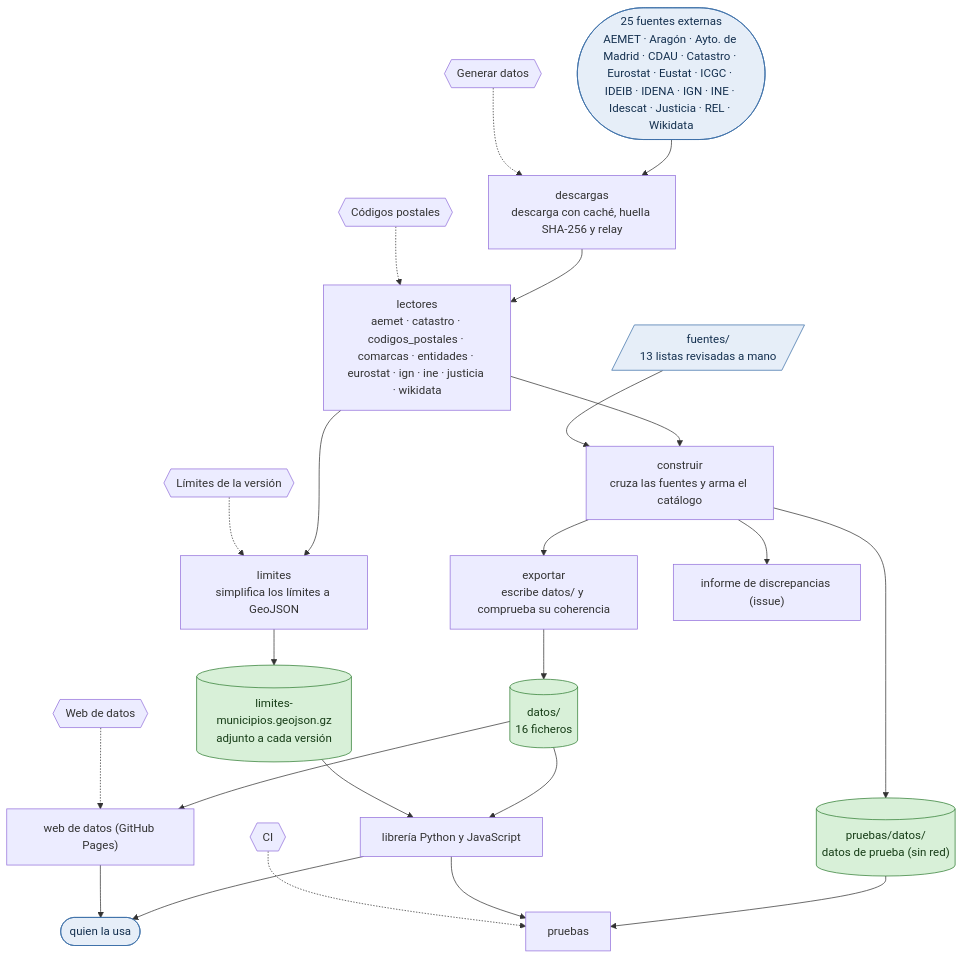
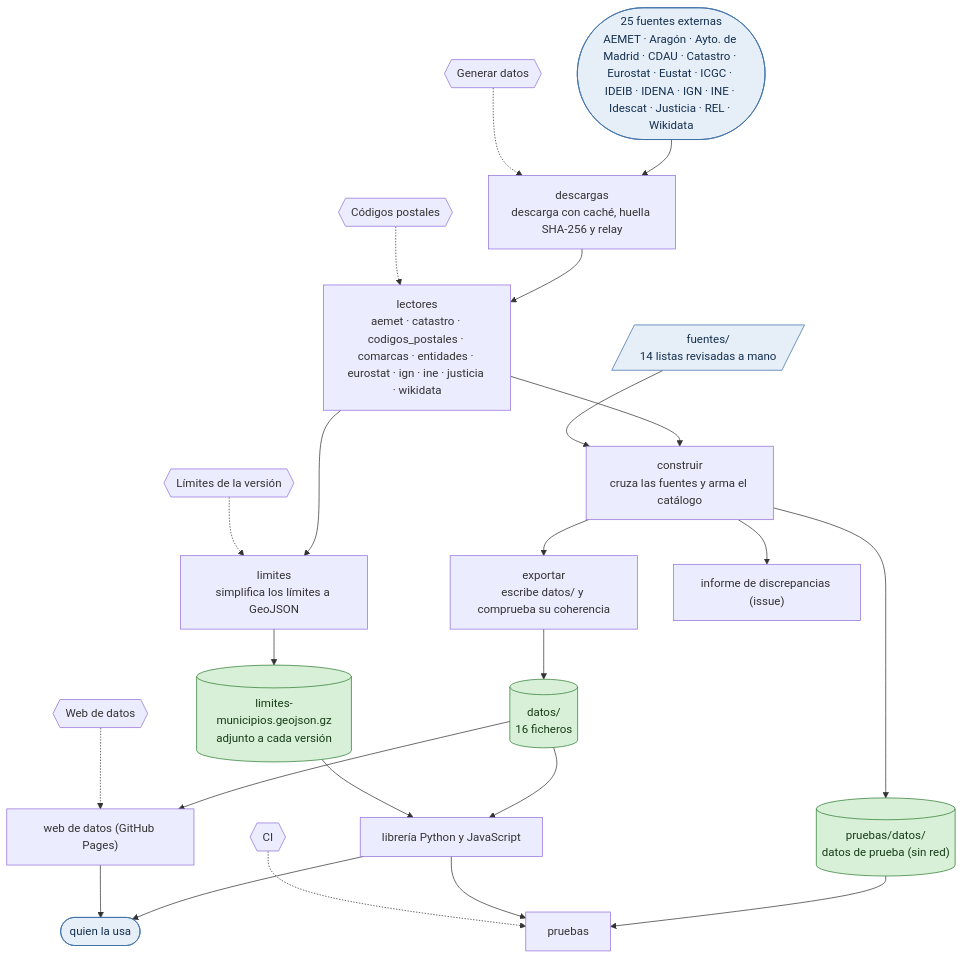
Before and after one commit to alertapublica/territorios-es: the fourth of 6 diagrams in docs/estado.md, drawn with Mermaid. The commit also changed other lines of this file and 28 other files, not shown here.

````diff
--- a/docs/estado.md
+++ b/docs/estado.md
@@ -139,45 +139,45 @@
 ```mermaid
 flowchart TB
   accTitle: Repositorio
   ext(["25 fuentes externas<br>AEMET · Aragón · Ayto. de Madrid · CDAU · Catastro · Eurostat · Eustat · ICGC · IDEIB · IDENA · IGN · INE · Idescat · Justicia · REL · Wikidata"])
-  hand[/"fuentes/<br>13 listas revisadas a mano"/]
+  hand[/"fuentes/<br>14 listas revisadas a mano"/]
   descargas["descargas<br>descarga con caché, huella SHA-256 y relay"]
   readers["lectores<br>aemet · catastro · codigos_postales · comarcas · entidades · eurostat · ign · ine · justicia · wikidata"]
   construir["construir<br>cruza las fuentes y arma el catálogo"]
   exportar["exportar<br>escribe datos/ y comprueba su coherencia"]
   limites["limites<br>simplifica los límites a GeoJSON"]
   datos[("datos/<br>16 ficheros")]
   geo[("limites-municipios.geojson.gz<br>adjunto a cada versión")]
   report["informe de discrepancias (issue)"]
   lib["librería Python y JavaScript"]
   web["web de datos (GitHub Pages)"]
   users(["quien la usa"])
   fixture[("pruebas/datos/<br>datos de prueba (sin red)")]
   tests["pruebas"]
   ext --> descargas --> readers --> construir --> exportar --> datos
   hand --> construir
   readers --> limites --> geo
   construir --> report
   datos --> lib
   geo --> lib
   datos --> web
   lib --> users
   web --> users
   construir --> fixture --> tests
   lib --> tests
   wf_ci_yml{{"CI"}}
   wf_generar_yml{{"Generar datos"}}
   wf_codigos_postales_yml{{"Códigos postales"}}
   wf_limites_yml{{"Límites de la versión"}}
   wf_pages_yml{{"Web de datos"}}
   wf_generar_yml -.-> descargas
   wf_codigos_postales_yml -.-> readers
   wf_limites_yml -.-> limites
   wf_pages_yml -.-> web
   wf_ci_yml -.-> tests
   class datos,geo,fixture done
   class ext,hand,users box
   classDef done fill:#d8f0d8,stroke:#2e7d32,color:#173d17
   classDef todo fill:#fdecc8,stroke:#b26a00,color:#4a2c00,stroke-dasharray:4 3
   classDef box fill:#e6eef8,stroke:#3b6ea8,color:#14304f
 ```
````
